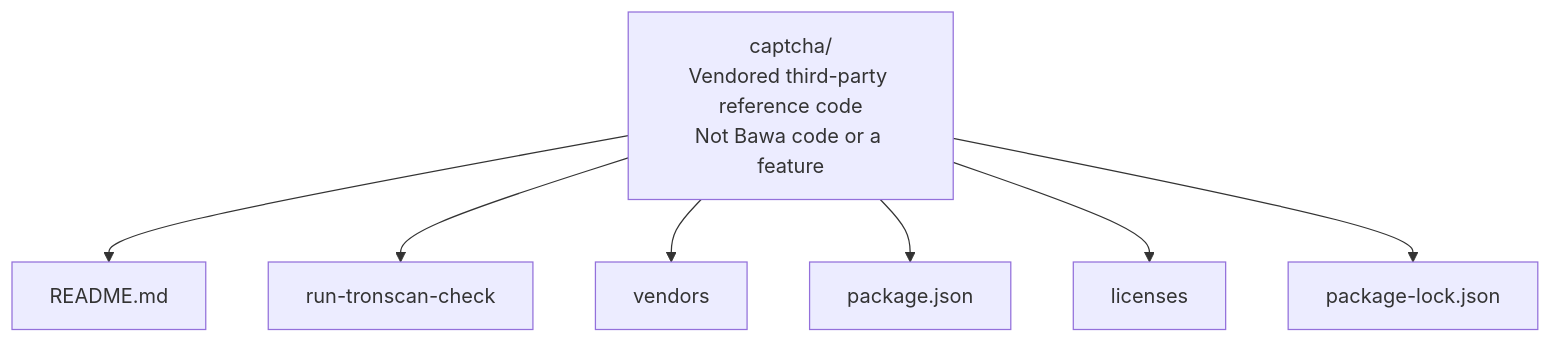
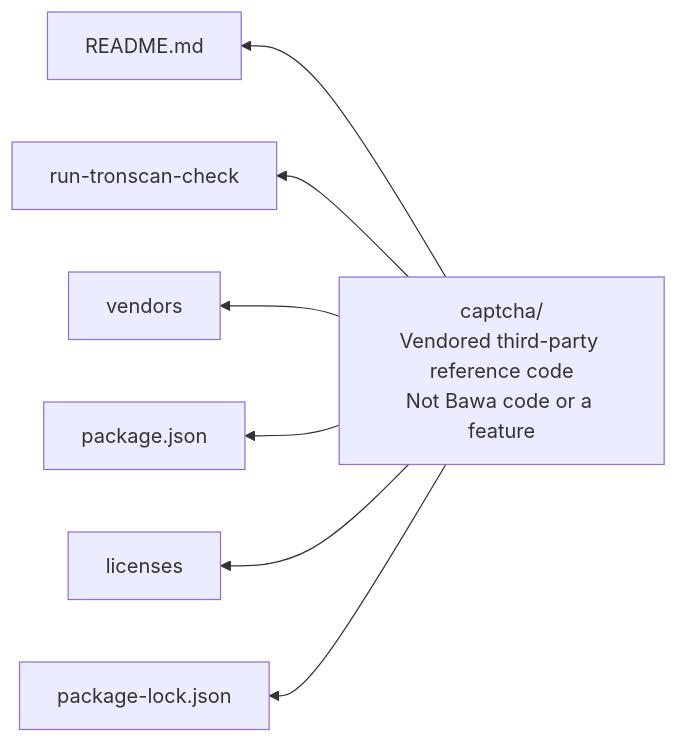
One commit to Pr3eve6ti2o/bawa changed the ninth of 9 diagrams in README.md. Above: the diagram before and after it, drawn with Mermaid. The commit also changed other lines of this file, not shown here.

First line of the commit message:
Fit README diagrams for mobile and desktop; fix diagram content

````diff
--- a/README.md
+++ b/README.md
@@ -224,13 +233,13 @@
 ```mermaid
-flowchart TB
+flowchart RL
   accTitle: Bawa main structure at commit 667527e - captcha/
   accDescr: Layout verified at commit 667527e. captcha is vendored third-party reference code, not Bawa code or a feature.
 
   captcha["captcha/<br/>Vendored third-party reference code<br/>Not Bawa code or a feature"]
   captcha --> c1["README.md"]
   captcha --> c2["run-tronscan-check"]
   captcha --> c3["vendors"]
   captcha --> c4["package.json"]
   captcha --> c5["licenses"]
   captcha --> c6["package-lock.json"]
 ```
````
